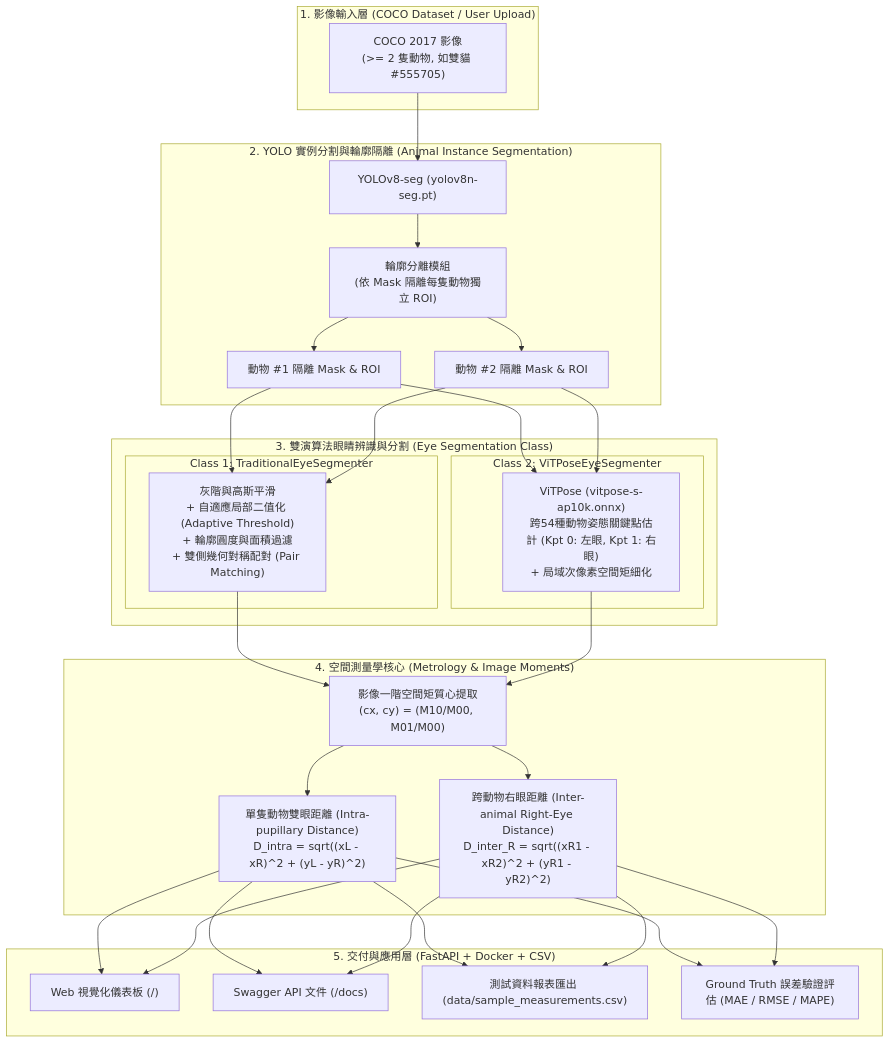
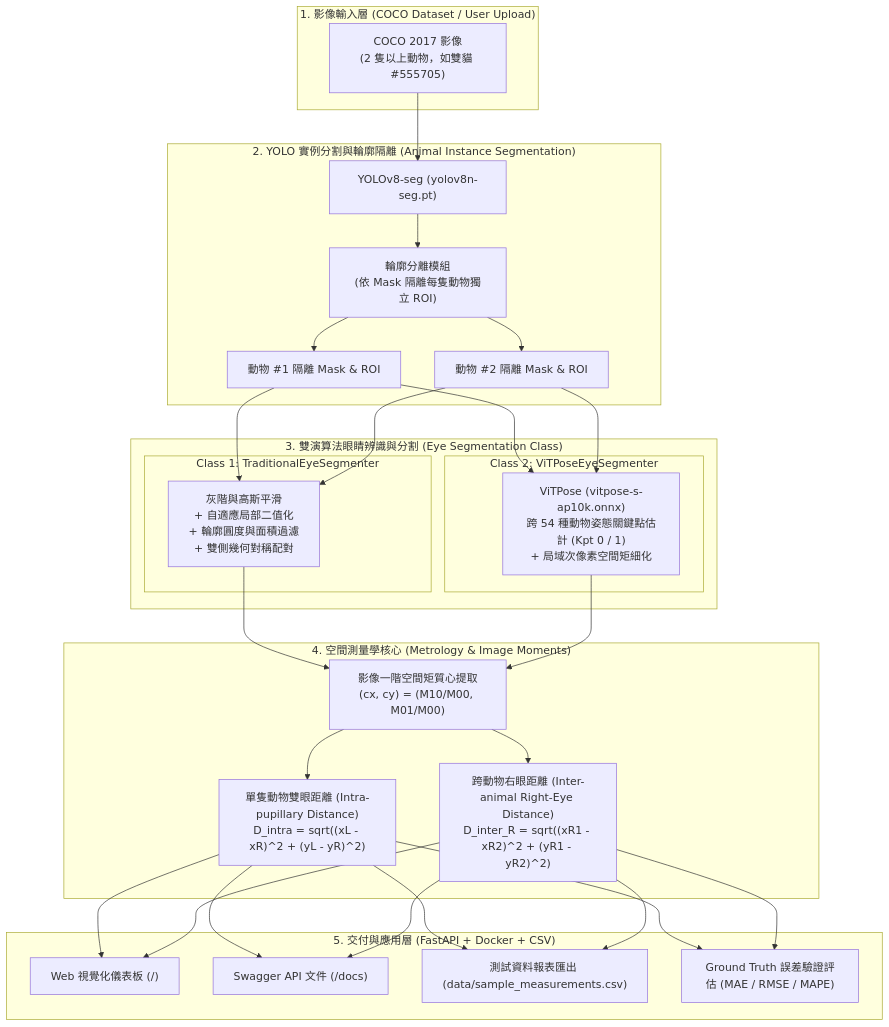
Before and after one commit to bobo295246/animal-visual-metrology-: the diagram in README.md, drawn with Mermaid. The commit also changed other lines of this file, not shown here.

Commit message:
fix(docs): fix GitHub KaTeX math underscore rendering and Mermaid newline syntax

````diff
--- a/README.md
+++ b/README.md
@@ -35,46 +35,46 @@
 ```mermaid
 flowchart TD
     subgraph InputLayer["1. 影像輸入層 (COCO Dataset / User Upload)"]
-        RawImg["COCO 2017 影像\n(>= 2 隻動物, 如雙貓 #555705)"]
+        RawImg["COCO 2017 影像<br/>(2 隻以上動物，如雙貓 #555705)"]
     end
 
     subgraph SegmentationLayer["2. YOLO 實例分割與輪廓隔離 (Animal Instance Segmentation)"]
         YoloSeg["YOLOv8-seg (yolov8n-seg.pt)"]
         RawImg --> YoloSeg
-        YoloSeg --> Split["輪廓分離模組\n(依 Mask 隔離每隻動物獨立 ROI)"]
+        YoloSeg --> Split["輪廓分離模組<br/>(依 Mask 隔離每隻動物獨立 ROI)"]
         Split --> Animal1["動物 #1 隔離 Mask & ROI"]
         Split --> Animal2["動物 #2 隔離 Mask & ROI"]
     end
 
     subgraph EyeLayer["3. 雙演算法眼睛辨識與分割 (Eye Segmentation Class)"]
         subgraph Method1["Class 1: TraditionalEyeSegmenter"]
-            TradMethod["灰階與高斯平滑\n+ 自適應局部二值化 (Adaptive Threshold)\n+ 輪廓圓度與面積過濾\n+ 雙側幾何對稱配對 (Pair Matching)"]
+            TradMethod["灰階與高斯平滑<br/>+ 自適應局部二值化<br/>+ 輪廓圓度與面積過濾<br/>+ 雙側幾何對稱配對"]
         end
         subgraph Method2["Class 2: ViTPoseEyeSegmenter"]
-            PoseMethod["ViTPose (vitpose-s-ap10k.onnx)\n跨54種動物姿態關鍵點估計 (Kpt 0: 左眼, Kpt 1: 右眼)\n+ 局域次像素空間矩細化"]
+            PoseMethod["ViTPose (vitpose-s-ap10k.onnx)<br/>跨 54 種動物姿態關鍵點估計 (Kpt 0 / 1)<br/>+ 局域次像素空間矩細化"]
         end
         Animal1 --> TradMethod
         Animal1 --> PoseMethod
         Animal2 --> TradMethod
         Animal2 --> PoseMethod
     end
 
     subgraph MetrologyLayer["4. 空間測量學核心 (Metrology & Image Moments)"]
-        Moments["影像一階空間矩質心提取\n(cx, cy) = (M10/M00, M01/M00)"]
+        Moments["影像一階空間矩質心提取<br/>(cx, cy) = (M10/M00, M01/M00)"]
         TradMethod --> Moments
         PoseMethod --> Moments
-        Intra["單隻動物雙眼距離 (Intra-pupillary Distance)\nD_intra = sqrt((xL - xR)^2 + (yL - yR)^2)"]
-        Inter["跨動物右眼距離 (Inter-animal Right-Eye Distance)\nD_inter_R = sqrt((xR1 - xR2)^2 + (yR1 - yR2)^2)"]
+        Intra["單隻動物雙眼距離 (Intra-pupillary Distance)<br/>D_intra = sqrt((xL - xR)^2 + (yL - yR)^2)"]
+        Inter["跨動物右眼距離 (Inter-animal Right-Eye Distance)<br/>D_inter_R = sqrt((xR1 - xR2)^2 + (yR1 - yR2)^2)"]
         Moments --> Intra
         Moments --> Inter
     end
 
     subgraph ServiceLayer["5. 交付與應用層 (FastAPI + Docker + CSV)"]
         WebUI["Web 視覺化儀表板 (/)"]
         Swagger["Swagger API 文件 (/docs)"]
         CSVReport["測試資料報表匯出 (data/sample_measurements.csv)"]
         VerifySuite["Ground Truth 誤差驗證評估 (MAE / RMSE / MAPE)"]
         Intra --> WebUI & Swagger & CSVReport & VerifySuite
         Inter --> WebUI & Swagger & CSVReport & VerifySuite
     end
 ```
````
